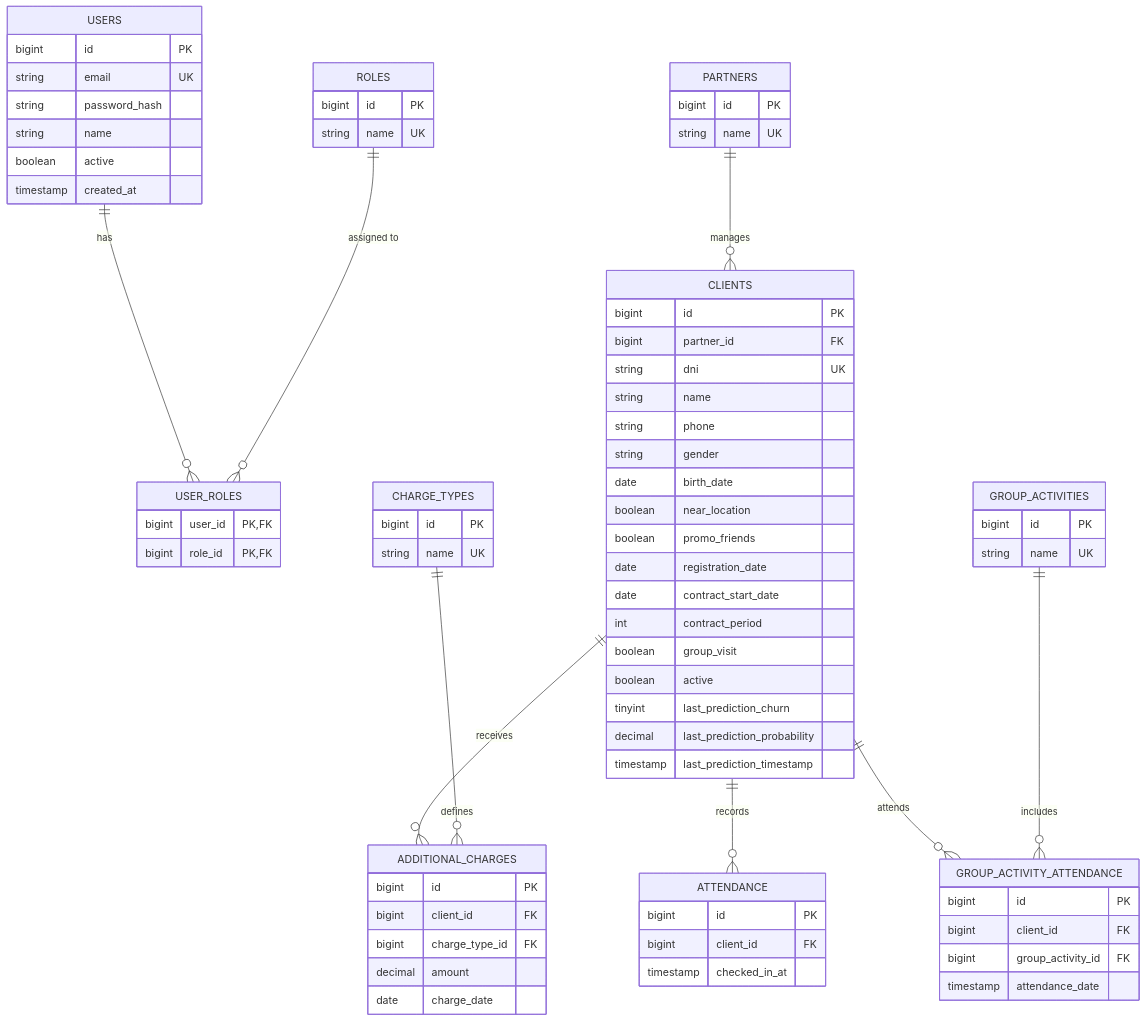
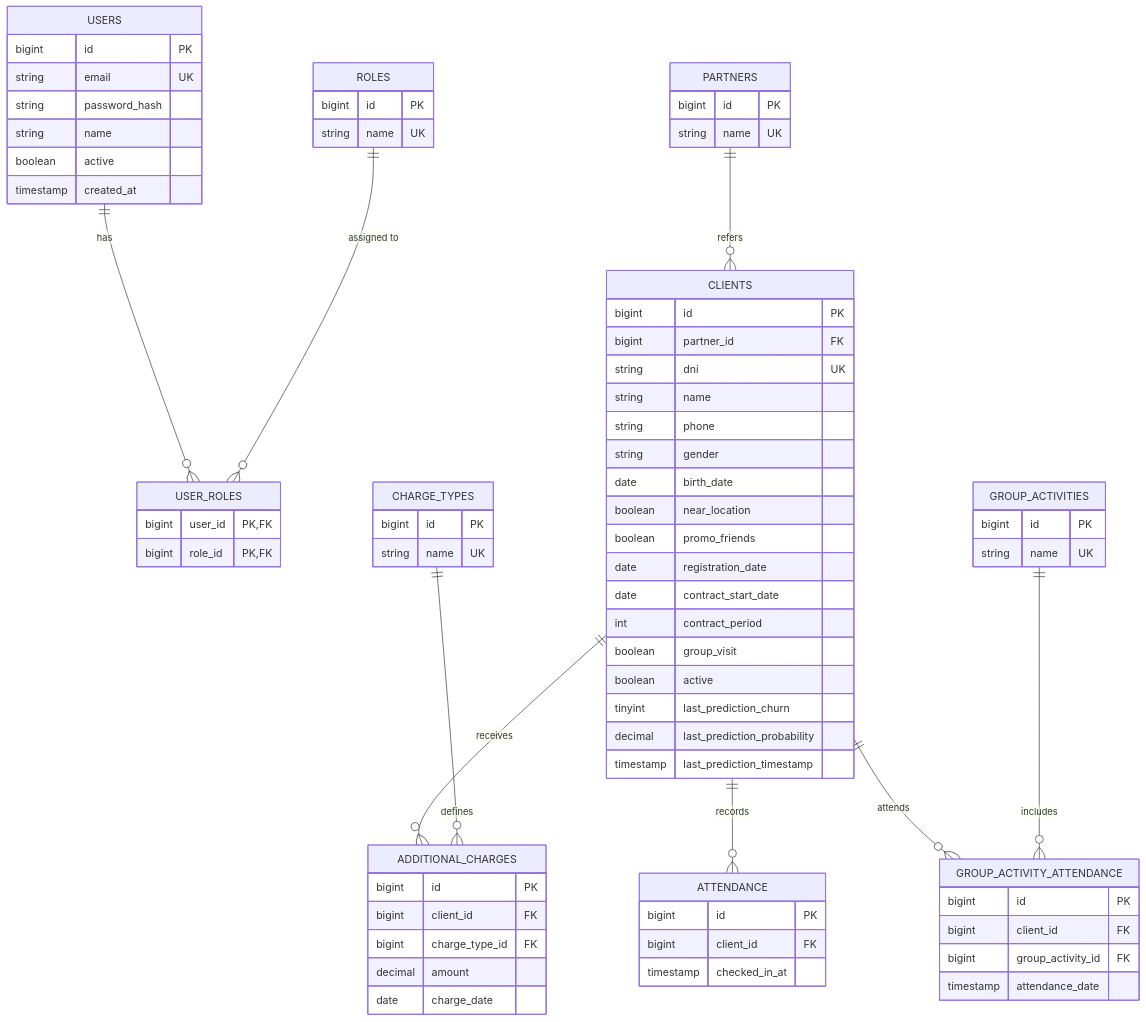
Before and after one commit to sjlvanq/nc-oneiila-e14b: the diagram in docs/database-diagram.md, drawn with Mermaid.

Commit message:
docs: update relationship description in database diagram

```diff
--- a/docs/database-diagram.md
+++ b/docs/database-diagram.md
@@ -45,7 +45,7 @@
 erDiagram
     USERS ||--o{ USER_ROLES : "has"
     ROLES ||--o{ USER_ROLES : "assigned to"
-    PARTNERS ||--o{ CLIENTS : "manages"
+    PARTNERS ||--o{ CLIENTS : "refers"
     CLIENTS ||--o{ ADDITIONAL_CHARGES : "receives"
     CHARGE_TYPES ||--o{ ADDITIONAL_CHARGES : "defines"
     CLIENTS ||--o{ ATTENDANCE : "records"
```
